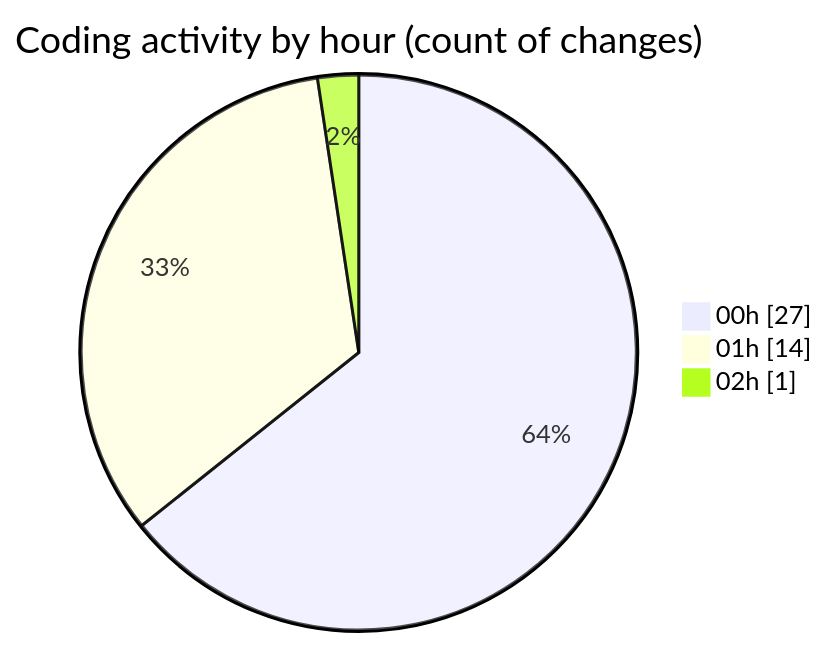
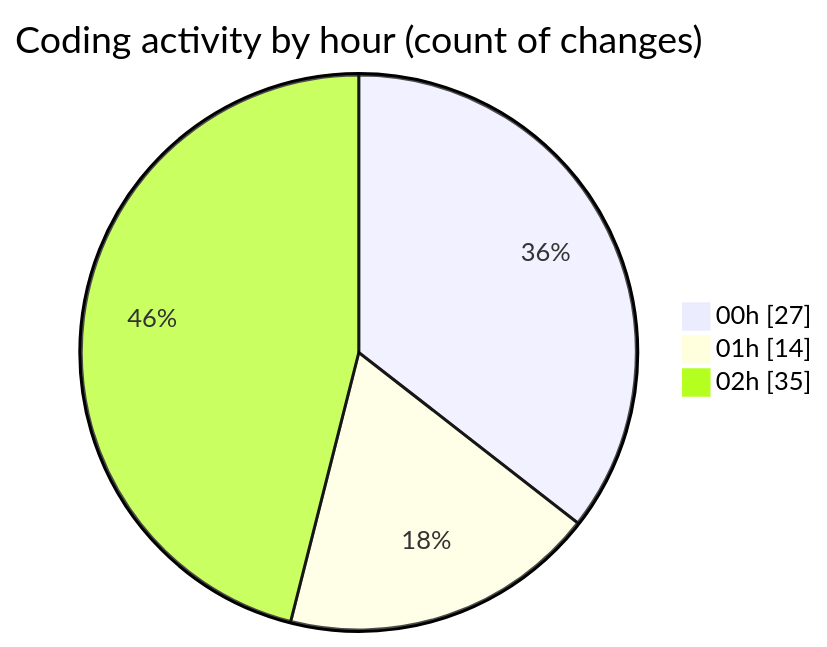
Before and after one commit to lephambinh05/code-tracking: the second of 2 diagrams in 2025-07-17/nhahang/README.md, drawn with Mermaid. The commit also changed other lines of this file and 1 other file, not shown here.

````diff
--- a/2025-07-17/nhahang/README.md
+++ b/2025-07-17/nhahang/README.md
@@ -41,7 +57,7 @@
 ```mermaid
 pie showData
 title Coding activity by hour (count of changes)
 "00h" : 27
 "01h" : 14
-"02h" : 1
+"02h" : 35
 ```
````
